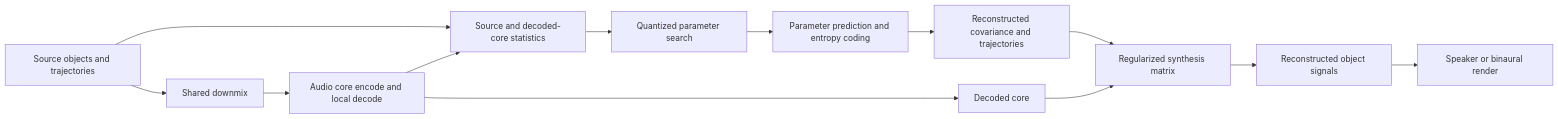
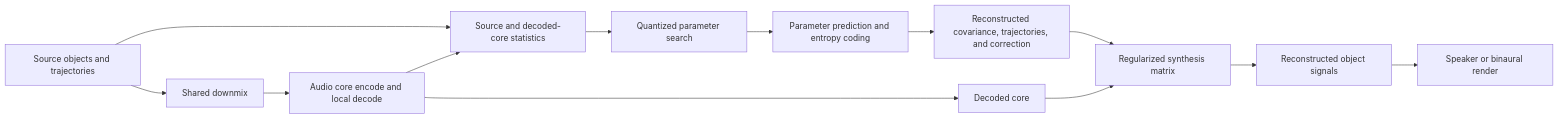
The diagram in docs/salsa-spatial.md (yuygfgg/salsa), drawn with Mermaid before and after one commit. The commit also changed other lines of this file and 16 other files, not shown here.

```diff
--- a/docs/salsa-spatial.md
+++ b/docs/salsa-spatial.md
@@ -70,15 +71,15 @@
 ~~~mermaid
 flowchart LR
     S["Source objects and trajectories"] --> D["Shared downmix"]
     D --> C["Audio core encode and local decode"]
     S --> E["Source and decoded-core statistics"]
     C --> E
     E --> P["Quantized parameter search"]
     P --> T["Parameter prediction and entropy coding"]
     C --> Y["Decoded core"]
-    T --> V["Reconstructed covariance and trajectories"]
+    T --> V["Reconstructed covariance, trajectories, and correction"]
     V --> M["Regularized synthesis matrix"]
     Y --> M
     M --> O["Reconstructed object signals"]
     O --> R["Speaker or binaural render"]
 ~~~
```
